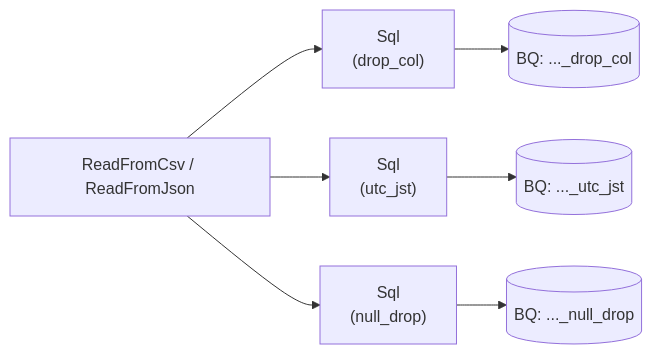
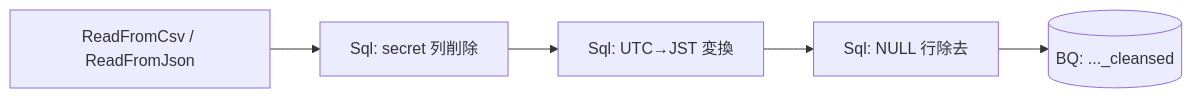
One commit to katonium/articles changed the second of 2 diagrams in articles/dataflow-gcs-to-bq-verification.md. Above: the diagram before and after it, drawn with Mermaid. The commit also changed other lines of this file and 10 other files, not shown here.

````diff
--- a/articles/dataflow-gcs-to-bq-verification.md
+++ b/articles/dataflow-gcs-to-bq-verification.md
@@ -117,14 +127,10 @@
 ```mermaid
 graph LR
   read["ReadFromCsv / ReadFromJson"]
-  drop["Sql<br/>(drop_col)"]
-  utc["Sql<br/>(utc_jst)"]
-  null["Sql<br/>(null_drop)"]
-  bq1[("BQ: ..._drop_col")]
-  bq2[("BQ: ..._utc_jst")]
-  bq3[("BQ: ..._null_drop")]
+  drop["Sql: secret 列削除"]
+  utc["Sql: UTC→JST 変換"]
+  null["Sql: NULL 行除去"]
+  bq[("BQ: ..._cleansed")]
 
-  read --> drop --> bq1
-  read --> utc --> bq2
-  read --> null --> bq3
+  read --> drop --> utc --> null --> bq
 ```
````
